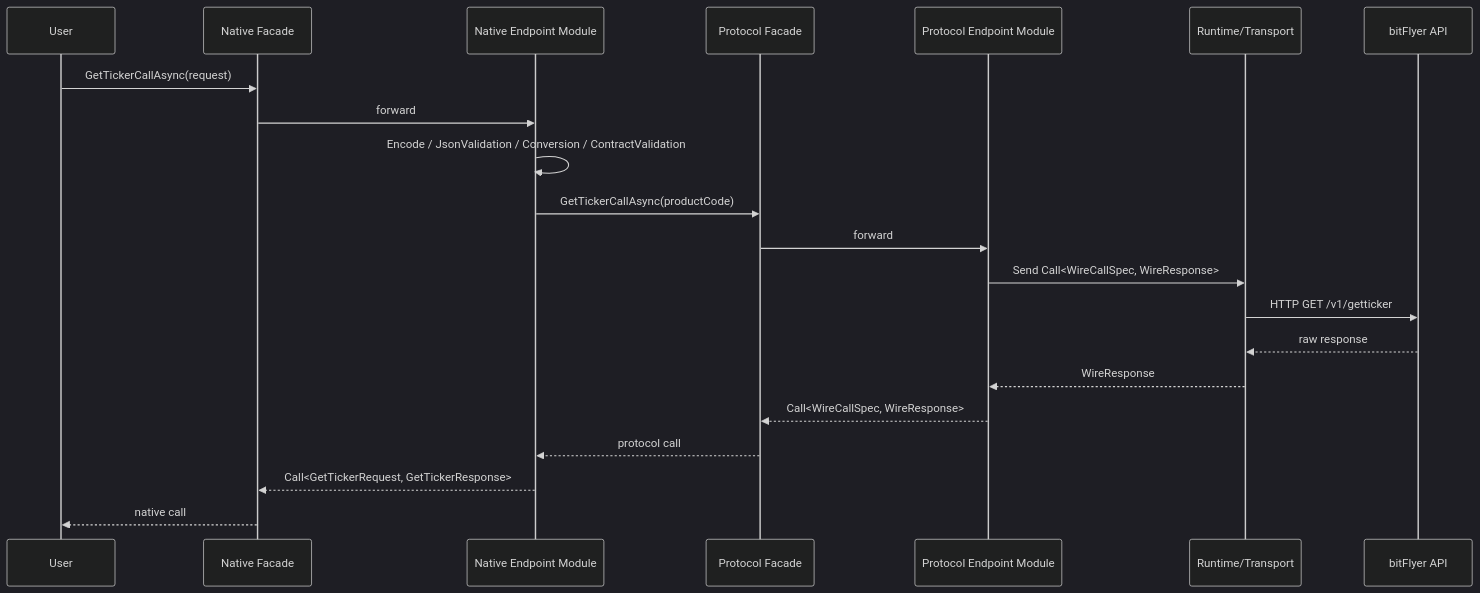
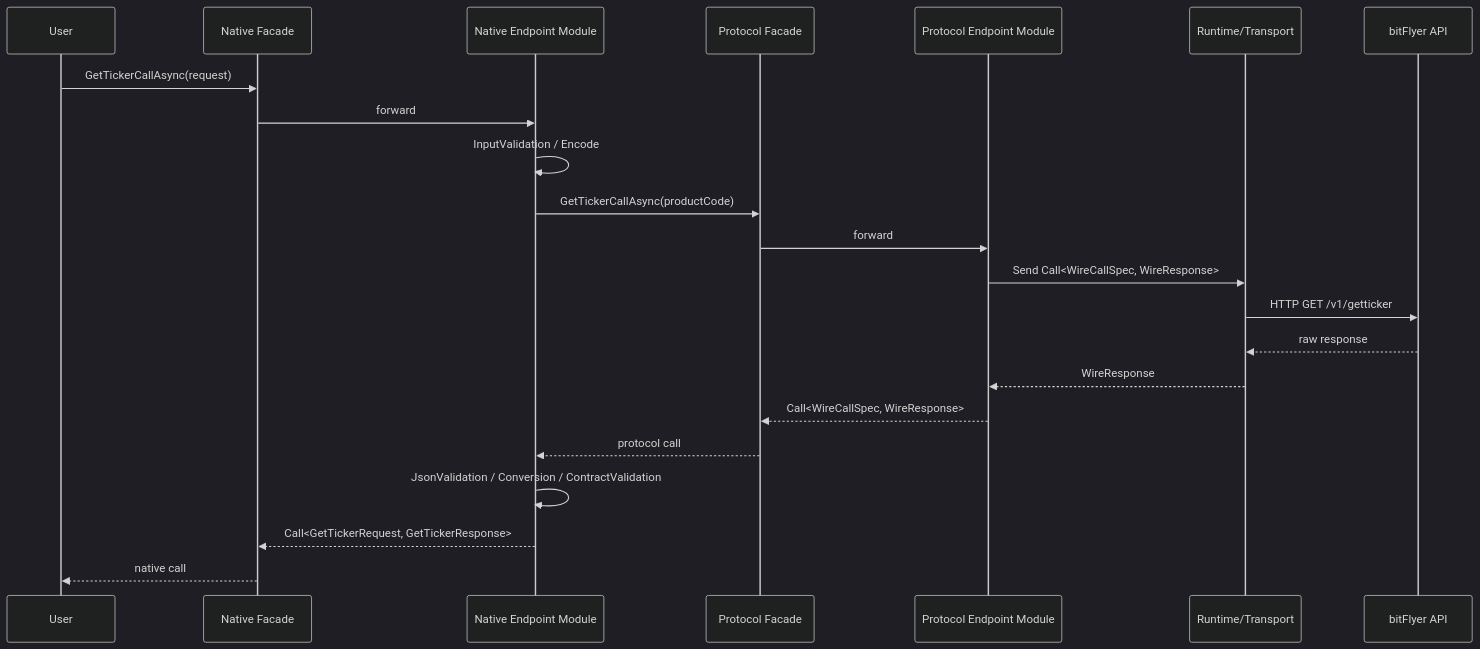
One commit to tkoba0410/ExchangeAPI changed the third of 3 diagrams in stage10.md. Above: the diagram before and after it, drawn with Mermaid (dark theme). The commit also changed other lines of this file and 1 other file, not shown here.

````diff
--- a/stage10.md
+++ b/stage10.md
@@ -86,24 +86,25 @@
 ```mermaid
 sequenceDiagram
     participant User as User
     participant NF as Native Facade
     participant NM as Native Endpoint Module
     participant PF as Protocol Facade
     participant PM as Protocol Endpoint Module
     participant RT as Runtime/Transport
     participant BF as bitFlyer API
 
     User->>NF: GetTickerCallAsync(request)
     NF->>NM: forward
-    NM->>NM: Encode / JsonValidation / Conversion / ContractValidation
+    NM->>NM: InputValidation / Encode
     NM->>PF: GetTickerCallAsync(productCode)
     PF->>PM: forward
     PM->>RT: Send Call<WireCallSpec, WireResponse>
     RT->>BF: HTTP GET /v1/getticker
     BF-->>RT: raw response
     RT-->>PM: WireResponse
     PM-->>PF: Call<WireCallSpec, WireResponse>
     PF-->>NM: protocol call
+    NM->>NM: JsonValidation / Conversion / ContractValidation
     NM-->>NF: Call<GetTickerRequest, GetTickerResponse>
     NF-->>User: native call
 ```
````
